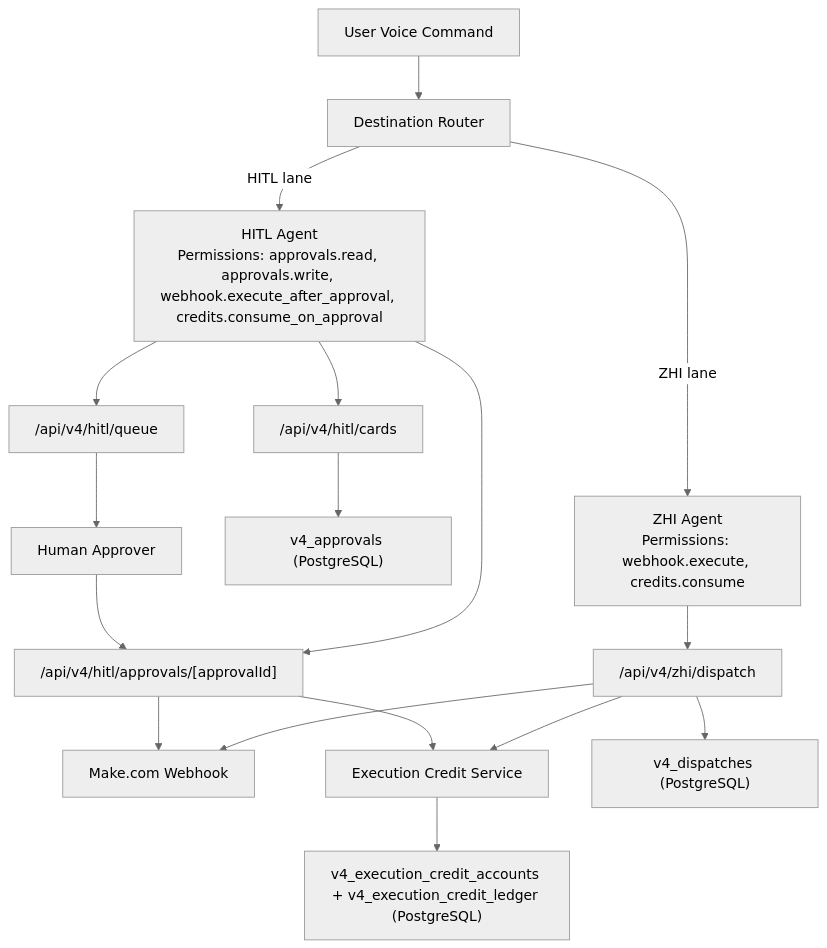
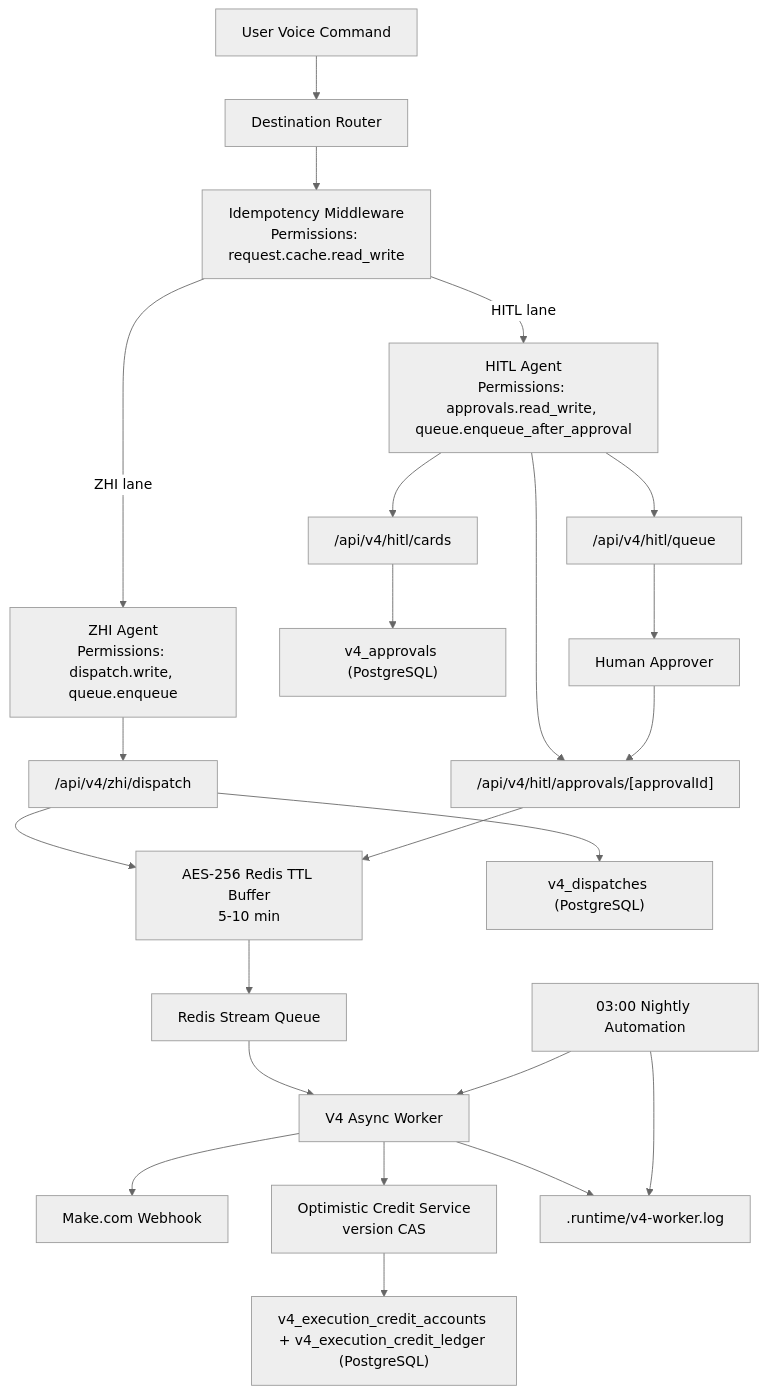
One commit to yongwonseo25-create/Playground changed the diagram in agents.mmd. Above: the diagram before and after it, drawn with Mermaid (neutral theme). The commit also changed 2 other files, not shown here.

Commit message:
docs(v4): record resilience automation topology

```diff
--- a/agents.mmd
+++ b/agents.mmd
@@ -1,22 +1,28 @@
 flowchart TD
   User["User Voice Command"] --> Router["Destination Router"]
-  Router -->|ZHI lane| ZHI["ZHI Agent\nPermissions: webhook.execute, credits.consume"]
-  Router -->|HITL lane| HITL["HITL Agent\nPermissions: approvals.read, approvals.write, webhook.execute_after_approval, credits.consume_on_approval"]
+  Router --> Idem["Idempotency Middleware\nPermissions: request.cache.read_write"]
+  Idem -->|ZHI lane| ZHI["ZHI Agent\nPermissions: dispatch.write, queue.enqueue"]
+  Idem -->|HITL lane| HITL["HITL Agent\nPermissions: approvals.read_write, queue.enqueue_after_approval"]
 
   ZHI --> Dispatch["/api/v4/zhi/dispatch"]
   HITL --> Cards["/api/v4/hitl/cards"]
   HITL --> Queue["/api/v4/hitl/queue"]
   HITL --> Approvals["/api/v4/hitl/approvals/[approvalId]"]
 
-  Dispatch --> Make["Make.com Webhook"]
-  Approvals --> Make
+  Dispatch --> Buffer["AES-256 Redis TTL Buffer\n5-10 min"]
+  Approvals --> Buffer
+  Buffer --> Stream["Redis Stream Queue"]
+  Stream --> Worker["V4 Async Worker"]
 
-  Dispatch --> Credits["Execution Credit Service"]
-  Approvals --> Credits
+  Worker --> Make["Make.com Webhook"]
+  Worker --> Credits["Optimistic Credit Service\nversion CAS"]
 
   Cards --> ApprovalsTable["v4_approvals (PostgreSQL)"]
   Dispatch --> DispatchTable["v4_dispatches (PostgreSQL)"]
   Credits --> Ledger["v4_execution_credit_accounts + v4_execution_credit_ledger (PostgreSQL)"]
 
   Queue --> Operator["Human Approver"]
   Operator --> Approvals
+  Worker --> Logs[".runtime/v4-worker.log"]
+  Nightly["03:00 Nightly Automation"] --> Logs
+  Nightly --> Worker
```
